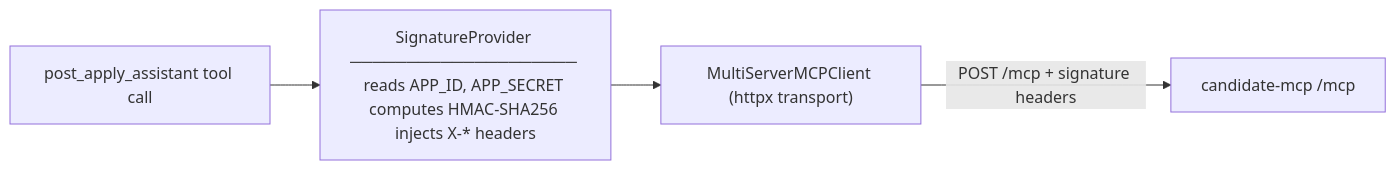
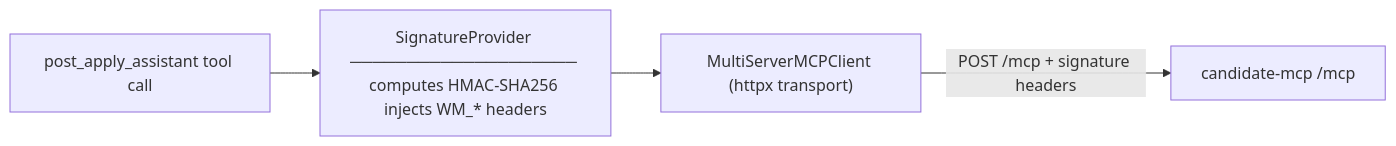
One commit to venkat-raman17/candidate-agent changed diagram 22 of 32 in LLD_POST_APPLY_ASSISTANT.md. Above: the diagram before and after it, drawn with Mermaid. The commit also changed other lines of this file, not shown here.

````diff
--- a/LLD_POST_APPLY_ASSISTANT.md
+++ b/LLD_POST_APPLY_ASSISTANT.md
@@ -1304,11 +1243,11 @@
 ```mermaid
 flowchart LR
     PAA["post_apply_assistant tool call"]
-    SP["SignatureProvider ──────────────────── reads APP_ID, APP_SECRET computes HMAC-SHA256 injects X-* headers"]
+    SP["SignatureProvider ──────────────────── computes HMAC-SHA256 injects WM_* headers"]
     MC["MultiServerMCPClient (httpx transport)"]
     CMCP["candidate-mcp /mcp"]
 
     PAA --> SP
     SP --> MC
     MC -->|"POST /mcp + signature headers"| CMCP
 ```
````
